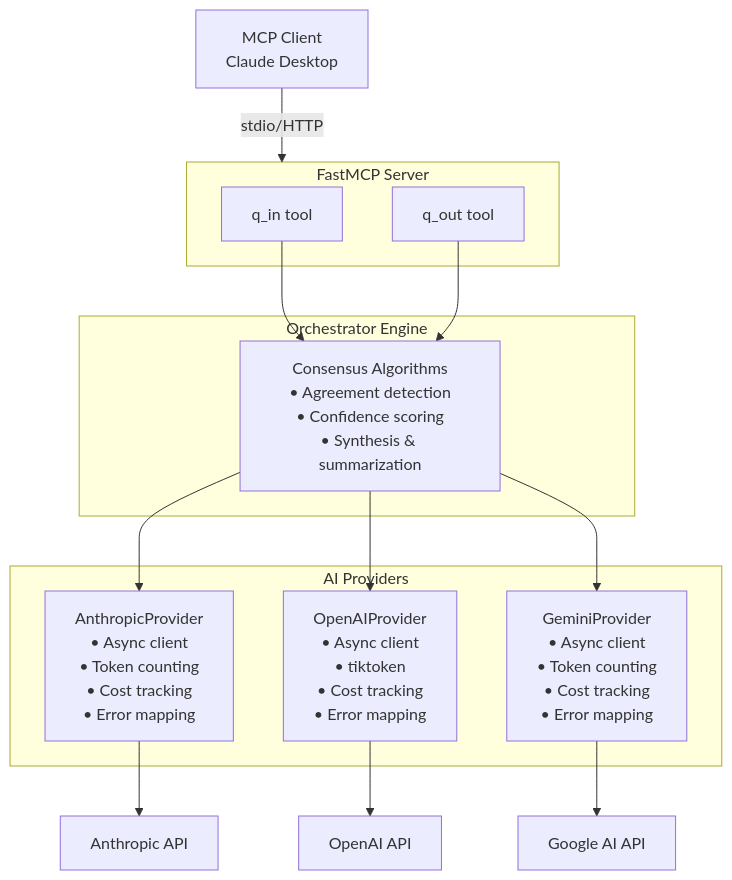
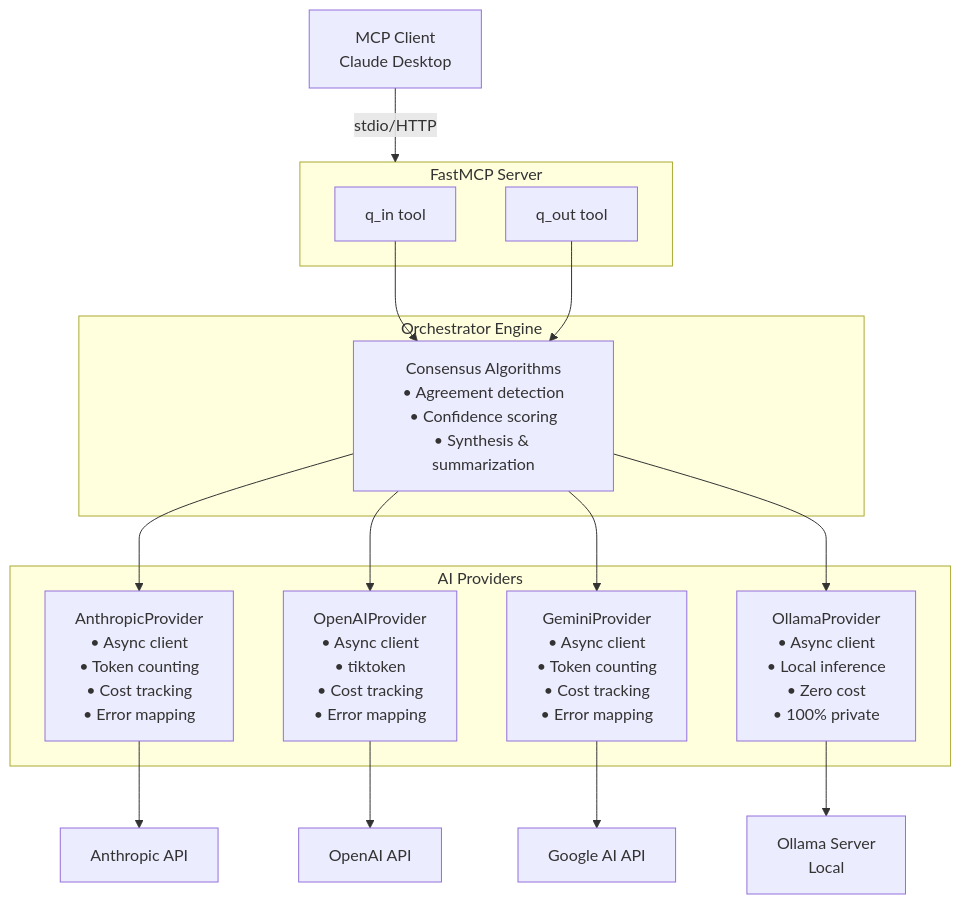
One commit to aj-geddes/quorum-mcp changed the diagram in README.md. Above: the diagram before and after it, drawn with Mermaid. The commit also changed other lines of this file and 7 other files, not shown here.

First line of the commit message:
feat: Phase 4 - Add Ollama provider for zero-cost local LLMs

````diff
--- a/README.md
+++ b/README.md
@@ -244,33 +275,37 @@
 ```mermaid
 graph TD
     Client[MCP Client<br/>Claude Desktop]
 
     subgraph FastMCP["FastMCP Server"]
         QIn[q_in tool]
         QOut[q_out tool]
     end
 
     subgraph Orchestrator["Orchestrator Engine"]
         Consensus[Consensus Algorithms<br/>• Agreement detection<br/>• Confidence scoring<br/>• Synthesis & summarization]
     end
 
     subgraph Providers["AI Providers"]
         Anthropic[AnthropicProvider<br/>• Async client<br/>• Token counting<br/>• Cost tracking<br/>• Error mapping]
         OpenAI[OpenAIProvider<br/>• Async client<br/>• tiktoken<br/>• Cost tracking<br/>• Error mapping]
         Gemini[GeminiProvider<br/>• Async client<br/>• Token counting<br/>• Cost tracking<br/>• Error mapping]
+        Ollama[OllamaProvider<br/>• Async client<br/>• Local inference<br/>• Zero cost<br/>• 100% private]
     end
 
     AnthropicAPI[Anthropic API]
     OpenAIAPI[OpenAI API]
     GeminiAPI[Google AI API]
+    OllamaServer[Ollama Server<br/>Local]
 
     Client -->|stdio/HTTP| FastMCP
     QIn --> Consensus
     QOut --> Consensus
     Consensus --> Anthropic
     Consensus --> OpenAI
     Consensus --> Gemini
+    Consensus --> Ollama
     Anthropic --> AnthropicAPI
     OpenAI --> OpenAIAPI
     Gemini --> GeminiAPI
+    Ollama --> OllamaServer
 ```
````
